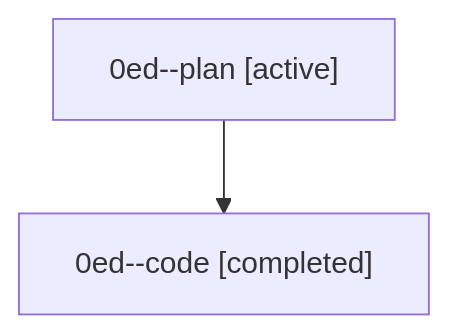
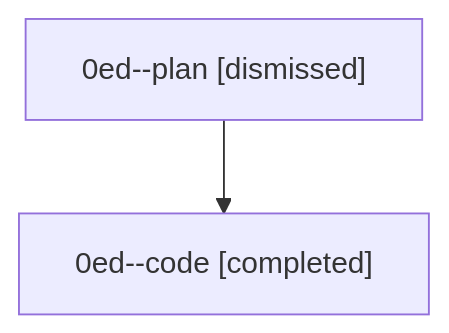
The diagram in sessions/bbugyi200.athena.0ed.md (sase-org/sase--agents), drawn with Mermaid before and after one commit. The commit also changed other lines of this file and 30 other files, not shown here.

````diff
--- a/sessions/bbugyi200.athena.0ed.md
+++ b/sessions/bbugyi200.athena.0ed.md
@@ -9,6 +9,6 @@
 ```mermaid
 flowchart TD
-  n0["0ed--plan [active]"]
+  n0["0ed--plan [dismissed]"]
   n1["0ed--code [completed]"]
   n0 --> n1
 ```
````
